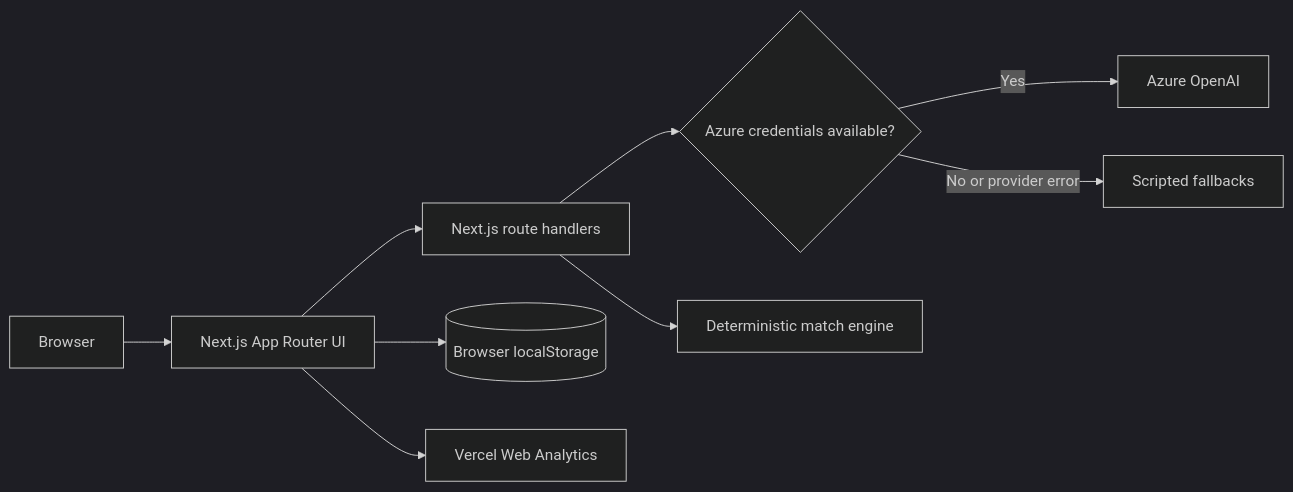
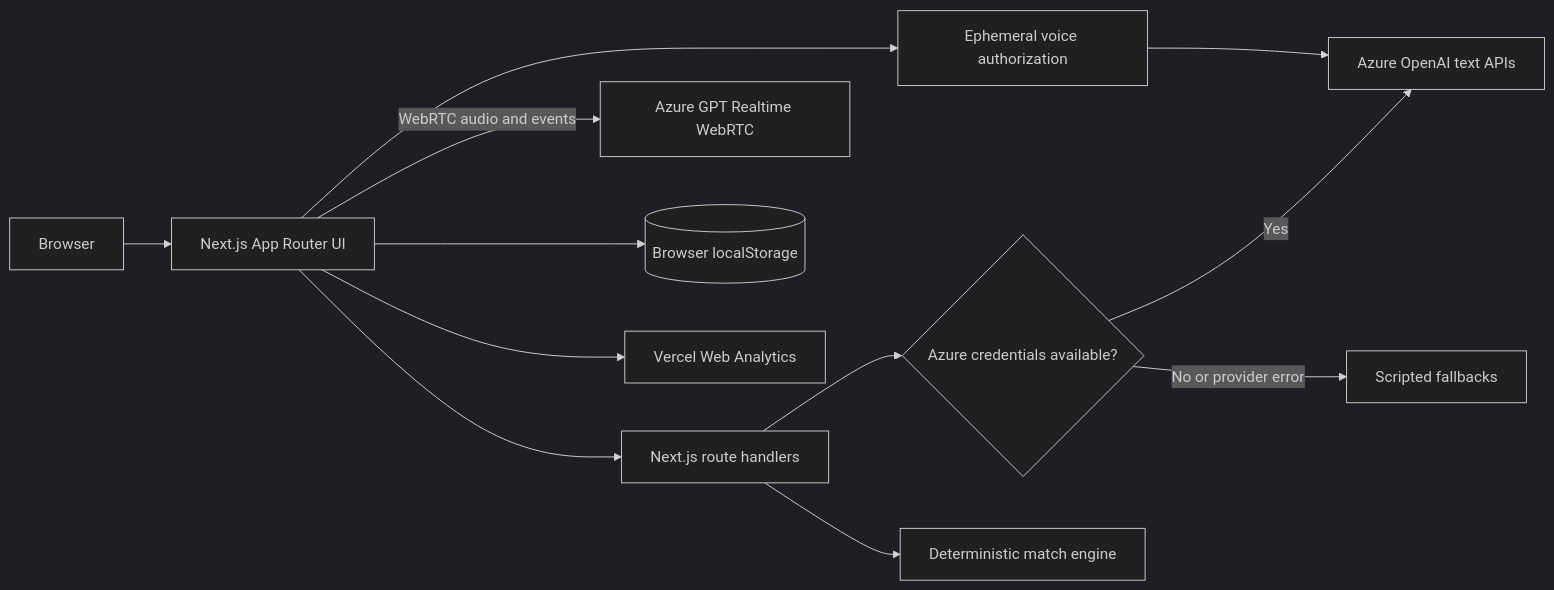
One commit to allanc92/Headway-Companion-Project changed the diagram in README.md. Above: the diagram before and after it, drawn with Mermaid (dark theme). The commit also changed other lines of this file and 13 other files, not shown here.

First line of the commit message:
feat: realtime voice companion (Azure Realtime, WebRTC, VAD/barge-in)

````diff
--- a/README.md
+++ b/README.md
@@ -125,21 +126,26 @@
 ```mermaid
 flowchart LR
     Person[Browser]
     UI[Next.js App Router UI]
     API[Next.js route handlers]
     Gate{Azure credentials available?}
-    Azure[Azure OpenAI]
+    Azure[Azure OpenAI text APIs]
+    Token[Ephemeral voice authorization]
+    Realtime[Azure GPT Realtime WebRTC]
     Fallback[Scripted fallbacks]
     Match[Deterministic match engine]
     Storage[(Browser localStorage)]
     Analytics[Vercel Web Analytics]
 
     Person --> UI
     UI --> API
     API --> Gate
     Gate -->|Yes| Azure
     Gate -->|No or provider error| Fallback
     API --> Match
     UI --> Storage
     UI --> Analytics
+    UI --> Token
+    Token --> Azure
+    UI -->|WebRTC audio and events| Realtime
 ```
````
